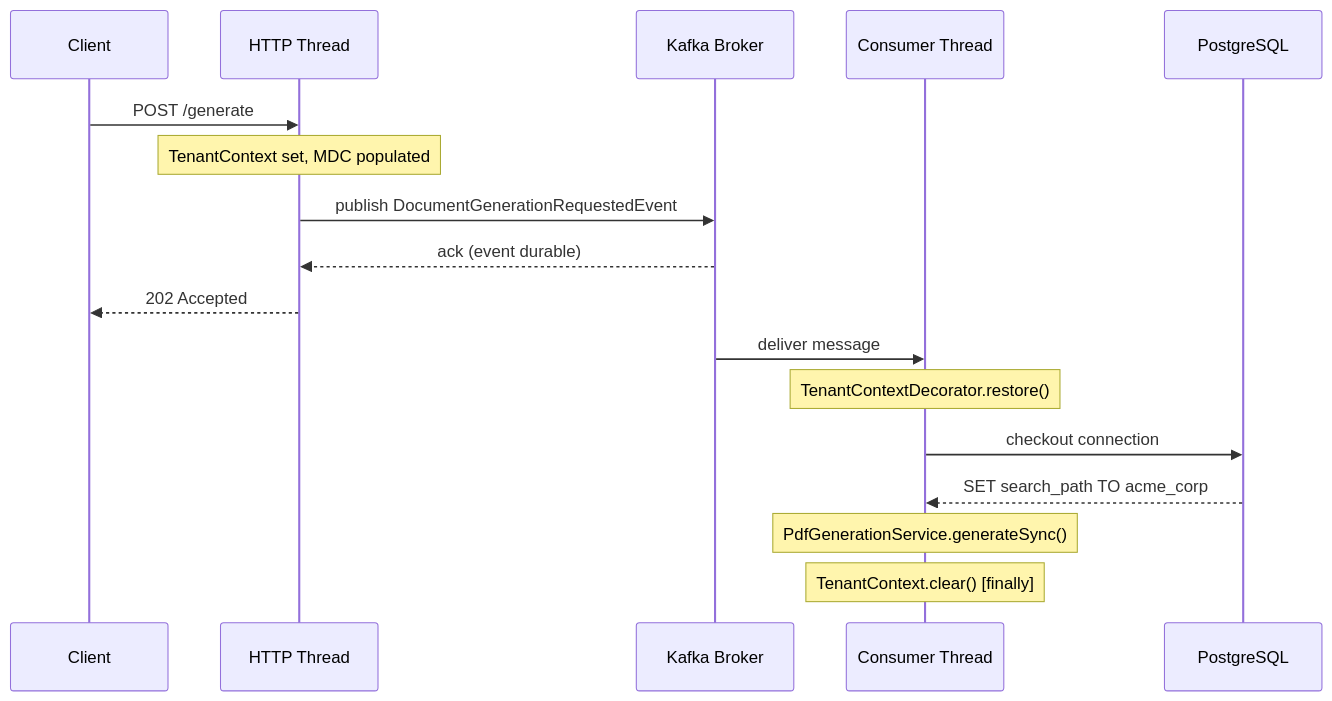
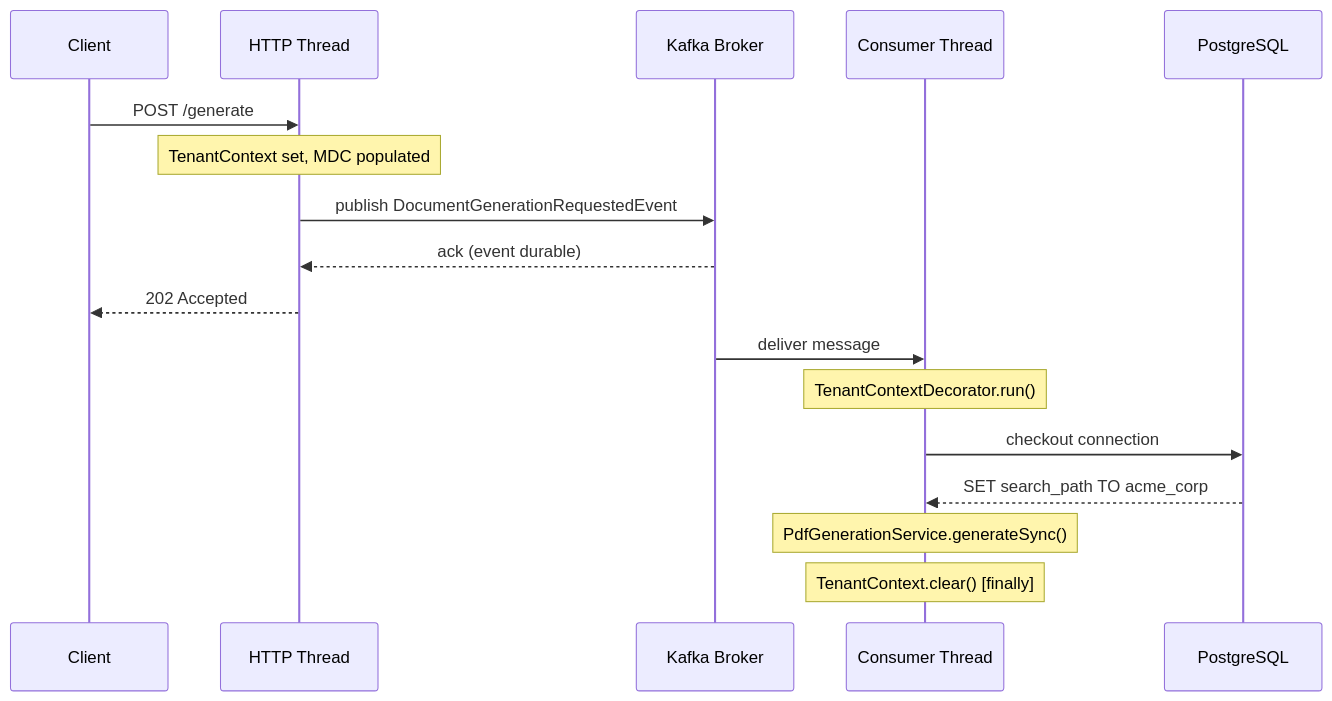
One commit to FDTTO/emit changed the second of 2 diagrams in README.md. Above: the diagram before and after it, drawn with Mermaid. The commit also changed other lines of this file, not shown here.

````diff
--- a/README.md
+++ b/README.md
@@ -152,22 +161,22 @@
 ```mermaid
 %%{init: {'theme': 'dark', 'themeVariables': {'fontFamily': '"Segoe UI", system-ui, sans-serif', 'actorBkg': '#1e293b', 'actorBorder': '#334155', 'actorTextColor': '#f1f5f9', 'signalColor': '#64748b', 'signalTextColor': '#cbd5e1', 'noteBkgColor': '#0f172a', 'noteBorderColor': '#3b5279', 'noteTextColor': '#93c5fd'}}}%%
 sequenceDiagram
     participant CL as Client
     participant H as HTTP Thread
     participant K as Kafka Broker
     participant C as Consumer Thread
     participant DB as PostgreSQL
 
     CL->>H: POST /generate
     note over H: TenantContext set, MDC populated
     H->>K: publish DocumentGenerationRequestedEvent
     K-->>H: ack (event durable)
     H-->>CL: 202 Accepted
 
     K->>C: deliver message
-    note over C: TenantContextDecorator.restore()
+    note over C: TenantContextDecorator.run()
     C->>DB: checkout connection
     DB-->>C: SET search_path TO acme_corp
     note over C: PdfGenerationService.generateSync()
     note over C: TenantContext.clear() [finally]
 ```
````
